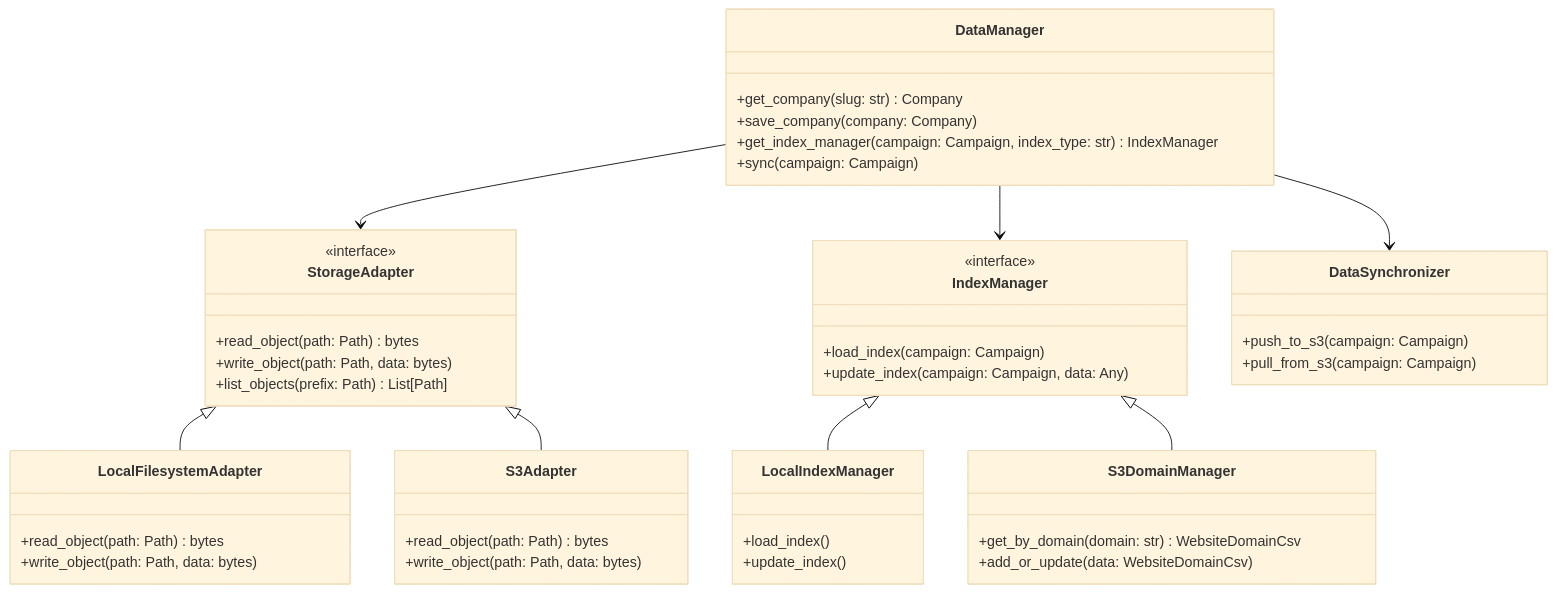
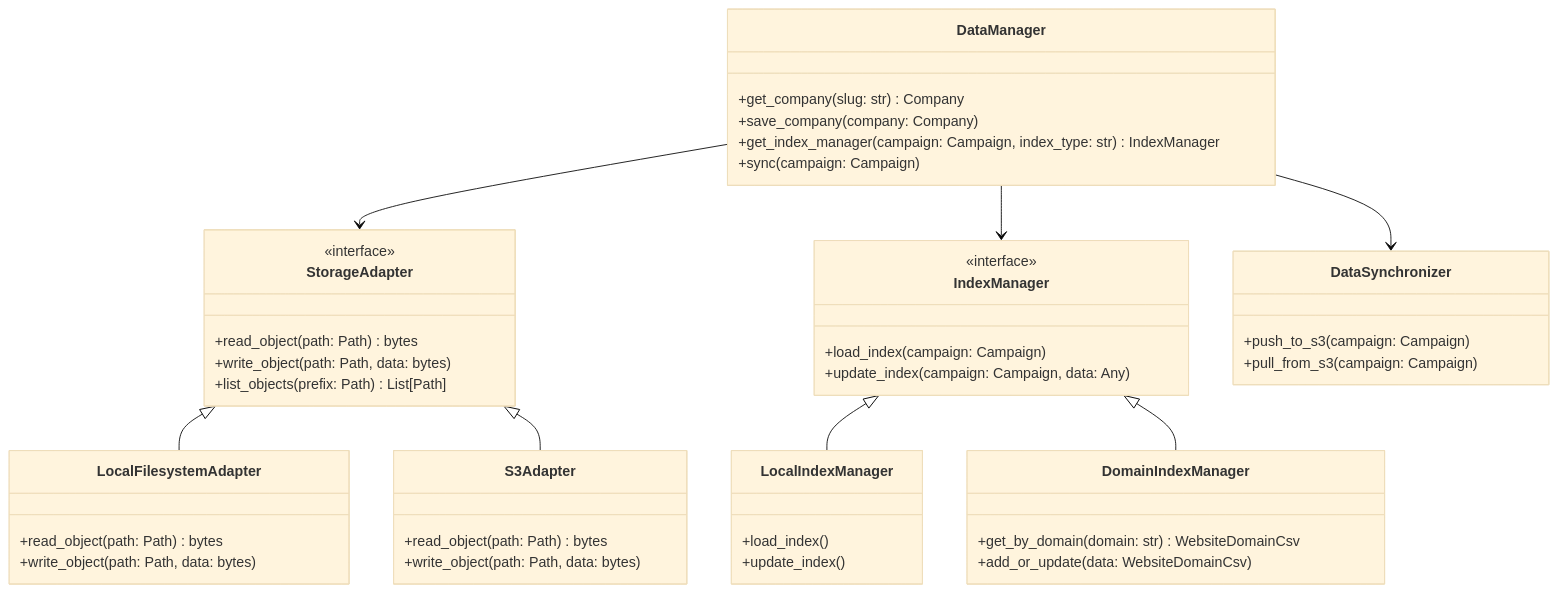
One commit to bizkite-co/cocli changed the first of 2 diagrams in docs/data-management/_index.md. Above: the diagram before and after it, drawn with Mermaid (base theme). The commit also changed other lines of this file and 15 other files, not shown here.

First line of the commit message:
Refactor: Unify domain indexing under DomainIndexManager with S3 and Local support

````diff
--- a/docs/data-management/_index.md
+++ b/docs/data-management/_index.md
@@ -26,55 +26,55 @@
 ```mermaid
 classDiagram
     class DataManager {
         +get_company(slug: str) Company
         +save_company(company: Company)
         +get_index_manager(campaign: Campaign, index_type: str) IndexManager
         +sync(campaign: Campaign)
     }
 
     class StorageAdapter {
         <<interface>>
         +read_object(path: Path) bytes
         +write_object(path: Path, data: bytes)
         +list_objects(prefix: Path) List[Path]
     }
 
     class LocalFilesystemAdapter {
         +read_object(path: Path) bytes
         +write_object(path: Path, data: bytes)
     }
 
     class S3Adapter {
         +read_object(path: Path) bytes
         +write_object(path: Path, data: bytes)
     }
 
     class IndexManager {
         <<interface>>
         +load_index(campaign: Campaign)
         +update_index(campaign: Campaign, data: Any)
     }
 
     class LocalIndexManager {
         +load_index()
         +update_index()
     }
 
-    class S3DomainManager {
+    class DomainIndexManager {
         +get_by_domain(domain: str) WebsiteDomainCsv
         +add_or_update(data: WebsiteDomainCsv)
     }
 
     class DataSynchronizer {
         +push_to_s3(campaign: Campaign)
         +pull_from_s3(campaign: Campaign)
     }
 
     DataManager --> StorageAdapter
     DataManager --> IndexManager
     DataManager --> DataSynchronizer
     StorageAdapter <|-- LocalFilesystemAdapter
     StorageAdapter <|-- S3Adapter
     IndexManager <|-- LocalIndexManager
-    IndexManager <|-- S3DomainManager
+    IndexManager <|-- DomainIndexManager
 ```
````
